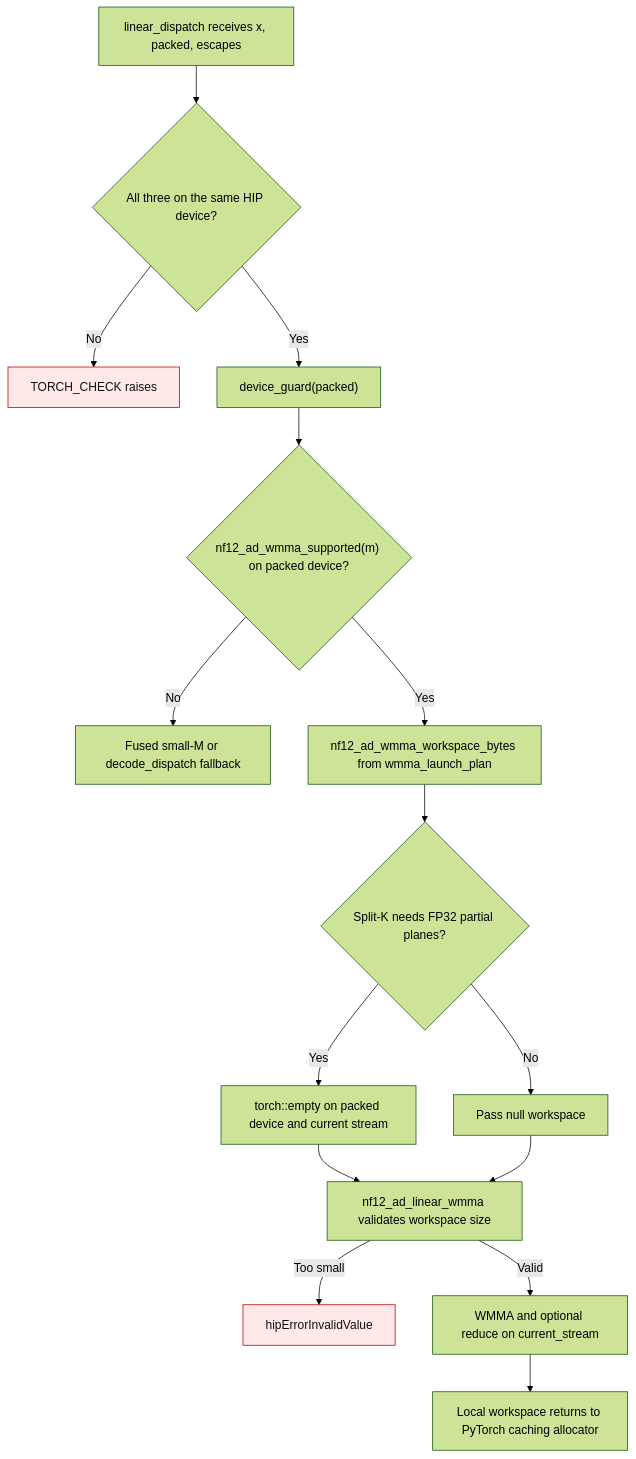
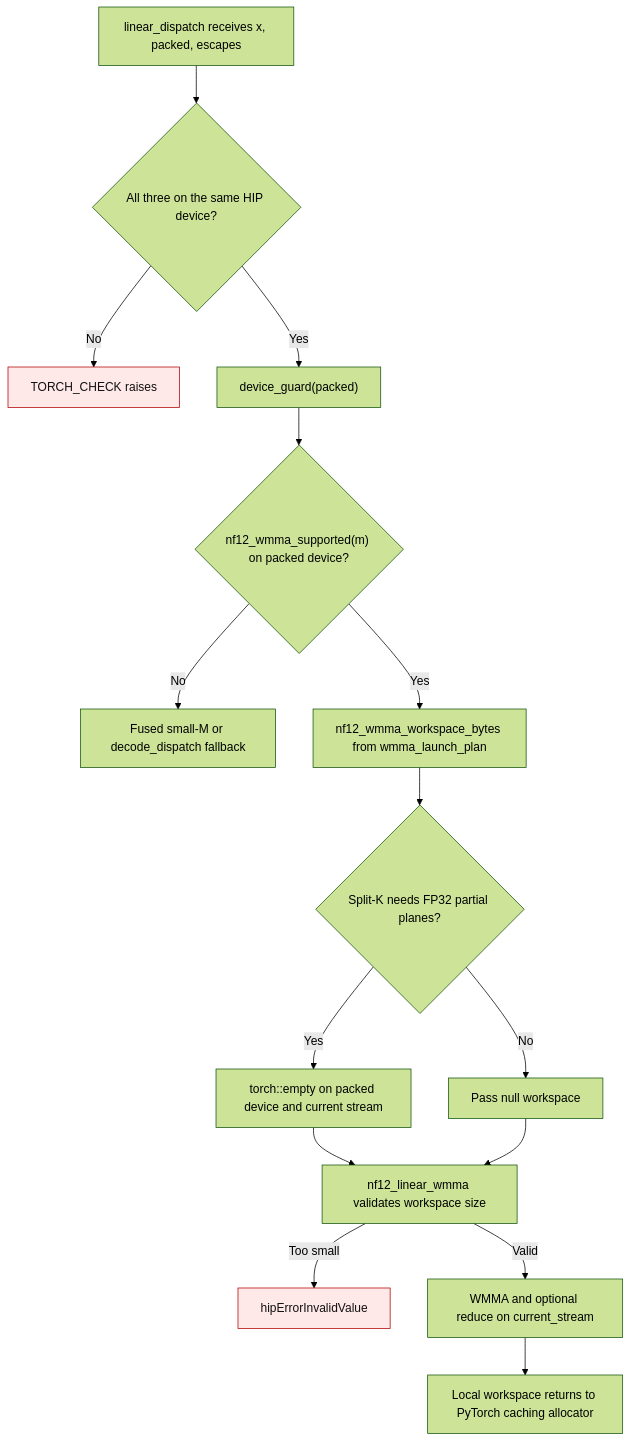
One commit to ModelCloud/GPTQModel changed the first of 9 diagrams in docs/nf12-hip-device-workspace.md. Above: the diagram before and after it, drawn with Mermaid (forest theme). The commit also changed other lines of this file and 115 other files, not shown here.

````diff
--- a/docs/nf12-hip-device-workspace.md
+++ b/docs/nf12-hip-device-workspace.md
@@ -9,19 +9,19 @@
 ```mermaid
 flowchart TD
     A["linear_dispatch receives x, packed, escapes"] --> B{"All three on the same HIP device?"}
     B -- No --> X["TORCH_CHECK raises"]
     B -- Yes --> C["device_guard(packed)"]
-    C --> D{"nf12_ad_wmma_supported(m) on packed device?"}
+    C --> D{"nf12_wmma_supported(m) on packed device?"}
     D -- No --> E["Fused small-M or decode_dispatch fallback"]
-    D -- Yes --> F["nf12_ad_wmma_workspace_bytes from wmma_launch_plan"]
+    D -- Yes --> F["nf12_wmma_workspace_bytes from wmma_launch_plan"]
     F --> G{"Split-K needs FP32 partial planes?"}
     G -- Yes --> H["torch::empty on packed device and current stream"]
     G -- No --> I["Pass null workspace"]
-    H --> J["nf12_ad_linear_wmma validates workspace size"]
+    H --> J["nf12_linear_wmma validates workspace size"]
     I --> J
     J -- Too small --> Y["hipErrorInvalidValue"]
     J -- Valid --> K["WMMA and optional reduce on current_stream"]
     K --> L["Local workspace returns to PyTorch caching allocator"]
     classDef failure fill:#ffe8e8,stroke:#b30000,color:#111;
     class X,Y failure;
 ```
````
